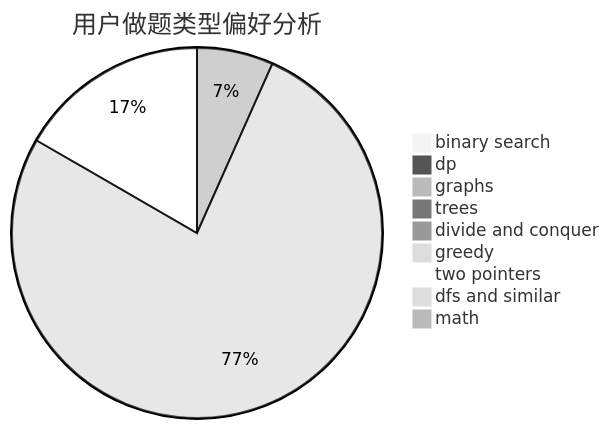
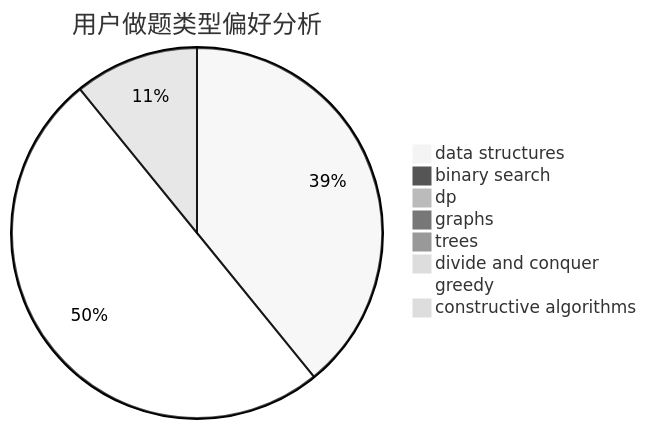
One commit to sherpahu/cfrs.github.io changed the second of 3 diagrams in docs/user/u1649.md. Above: the diagram before and after it, drawn with Mermaid (neutral theme). The commit also changed other lines of this file and 2775 other files, not shown here.

````diff
--- a/docs/user/u1649.md
+++ b/docs/user/u1649.md
@@ -23,12 +23,11 @@
 ```mermaid
 pie title 用户做题类型偏好分析
+    "data structures" :  18
     "binary search" :  0
     "dp" :  0
-    "graphs" :  2
+    "graphs" :  0
     "trees" :  0
     "divide and conquer" :  0
     "greedy" :  23
-    "two pointers" :  5
-    "dfs and similar" :  0
-    "math" :  0
+    "constructive algorithms" :  5
 ```
````
